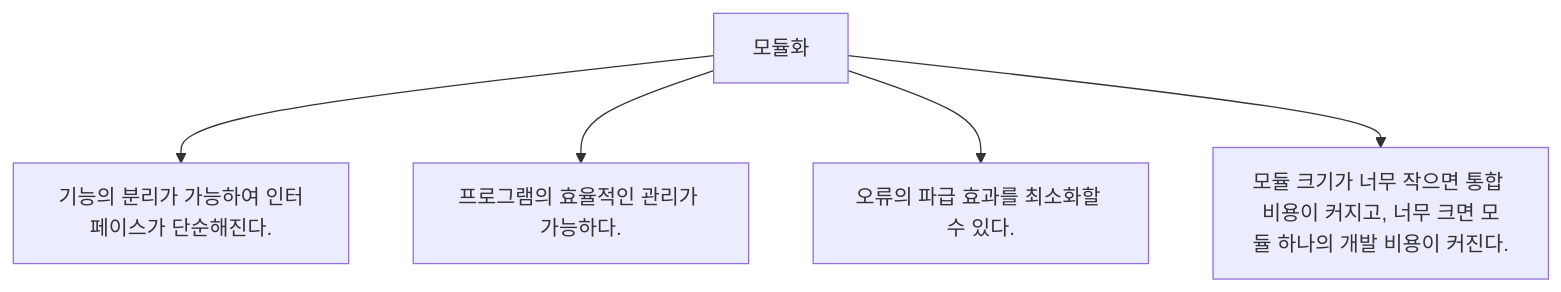
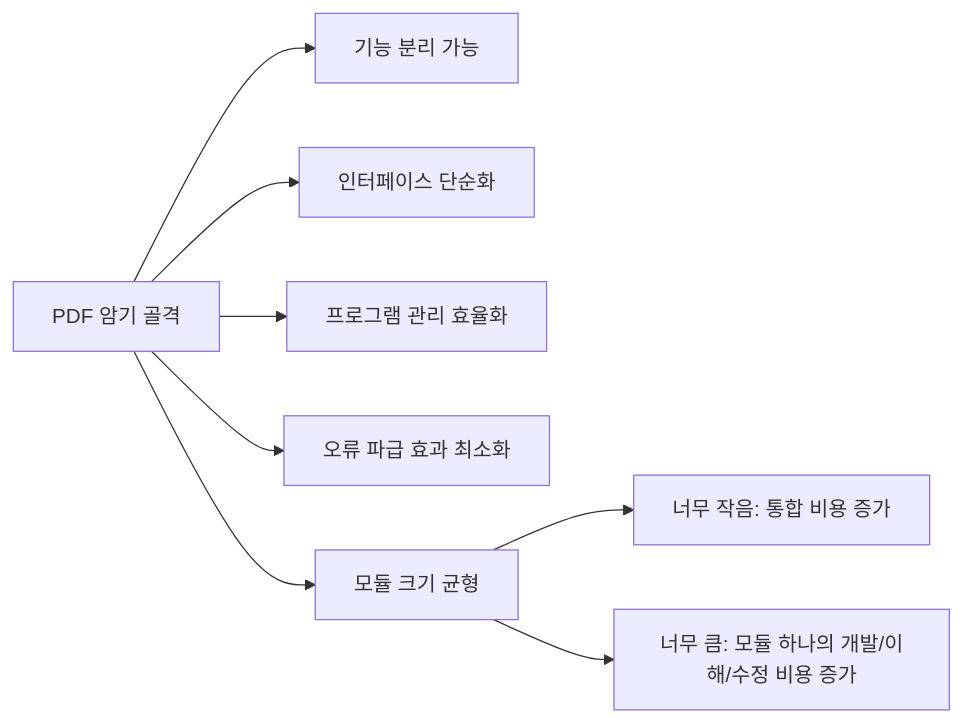
One commit to nes0903/study changed the second of 15 diagrams in 정보처리기사/1과목 소프트웨어 설계/026 모듈화/026 모듈화.md. Above: the diagram before and after it, drawn with Mermaid. The commit also changed other lines of this file and 5 other files, not shown here.

````diff
--- a/정보처리기사/1과목 소프트웨어 설계/026 모듈화/026 모듈화.md
+++ b/정보처리기사/1과목 소프트웨어 설계/026 모듈화/026 모듈화.md
@@ -13,8 +38,11 @@
 ```mermaid
-flowchart TD
-    A["모듈화"]
-    A --> N1["기능의 분리가 가능하여 인터페이스가 단순해진다."]
-    A --> N2["프로그램의 효율적인 관리가 가능하다."]
-    A --> N3["오류의 파급 효과를 최소화할 수 있다."]
-    A --> N4["모듈 크기가 너무 작으면 통합 비용이 커지고, 너무 크면 모듈 하나의 개발 비용이 커진다."]
+flowchart LR
+    A["PDF 암기 골격"]
+    A --> B["기능 분리 가능"]
+    A --> C["인터페이스 단순화"]
+    A --> D["프로그램 관리 효율화"]
+    A --> E["오류 파급 효과 최소화"]
+    A --> F["모듈 크기 균형"]
+    F --> G["너무 작음: 통합 비용 증가"]
+    F --> H["너무 큼: 모듈 하나의 개발/이해/수정 비용 증가"]
 ```
````
